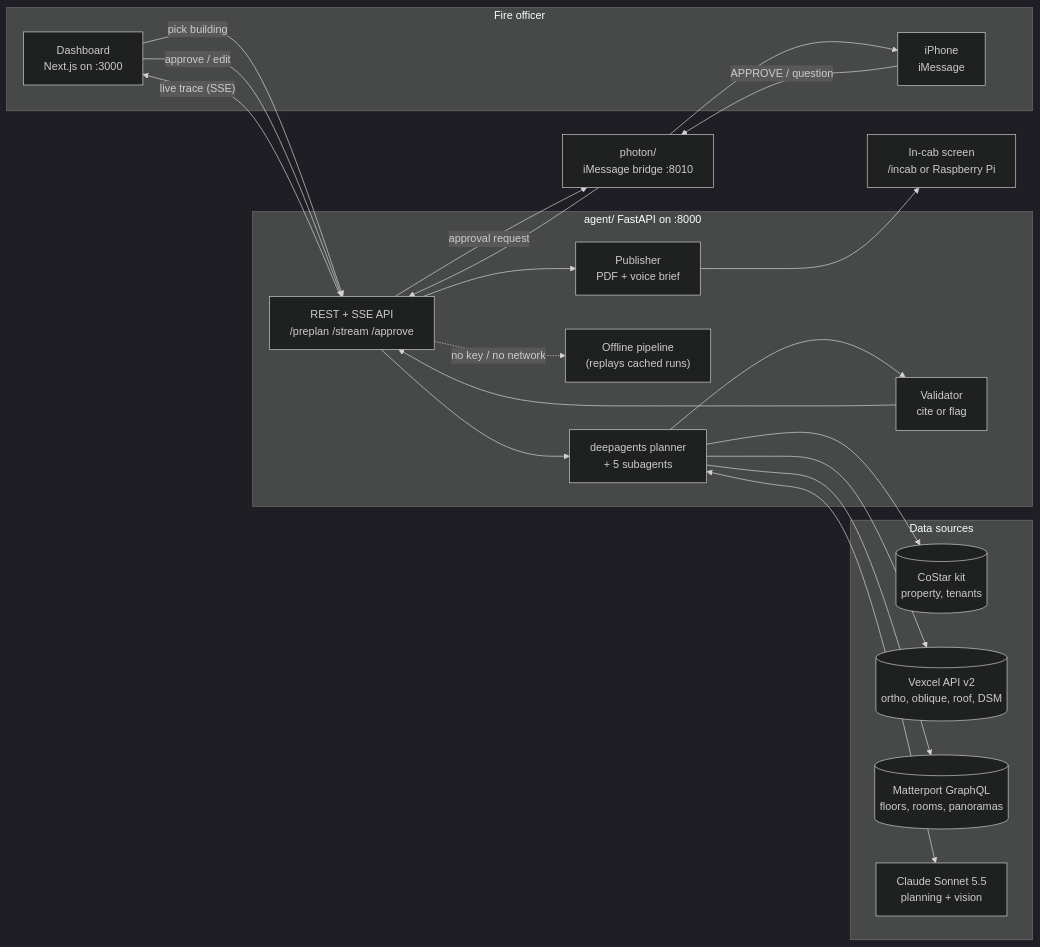
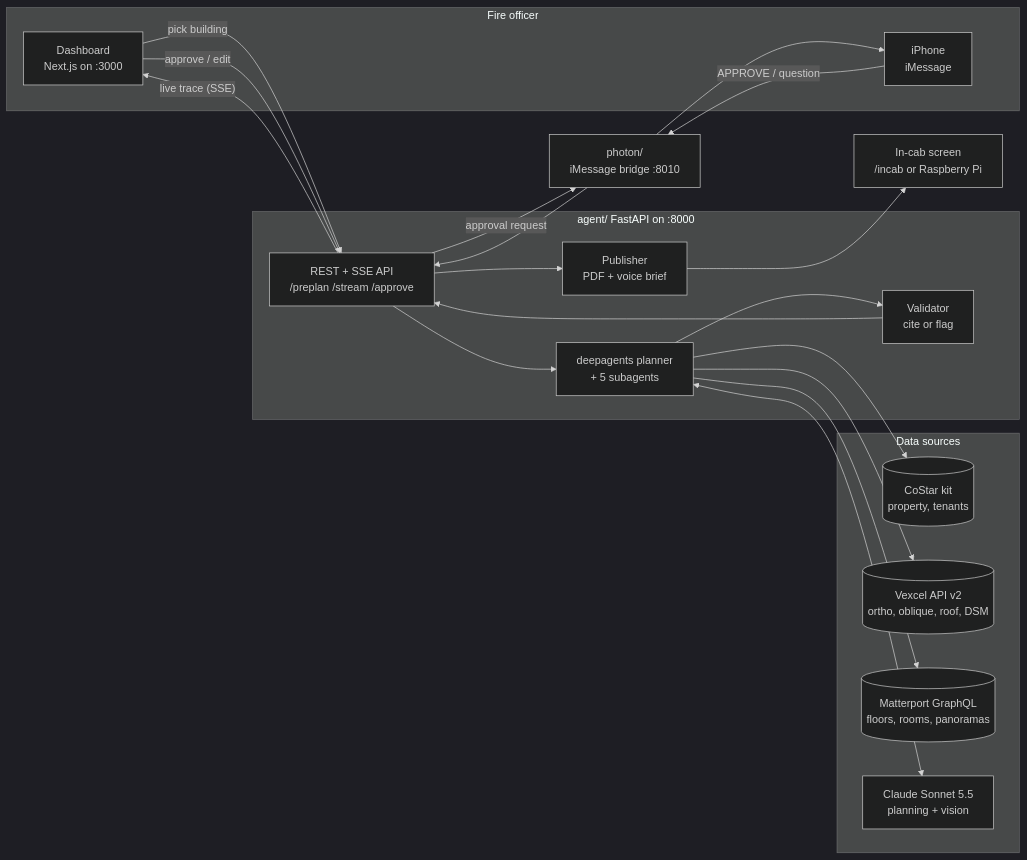
Before and after one commit to ArkFelix7/firstin: the first of 3 diagrams in README.md, drawn with Mermaid (dark theme).

Commit message:
README: remove offline pipeline from architecture diagram

````diff
--- a/README.md
+++ b/README.md
@@ -64,37 +64,35 @@
 ```mermaid
 flowchart LR
     subgraph Officer["Fire officer"]
         WEB["Dashboard<br/>Next.js on :3000"]
         PHONE["iPhone<br/>iMessage"]
     end
 
     subgraph Backend["agent/  FastAPI on :8000"]
         API["REST + SSE API<br/>/preplan /stream /approve"]
         AGENT["deepagents planner<br/>+ 5 subagents"]
-        OFF["Offline pipeline<br/>(replays cached runs)"]
         VAL["Validator<br/>cite or flag"]
         PUB["Publisher<br/>PDF + voice brief"]
     end
 
     subgraph Data["Data sources"]
         COSTAR[("CoStar kit<br/>property, tenants")]
         VEX[("Vexcel API v2<br/>ortho, oblique, roof, DSM")]
         MP[("Matterport GraphQL<br/>floors, rooms, panoramas")]
         CLAUDE["Claude Sonnet 5.5<br/>planning + vision"]
     end
 
     PHOTON["photon/<br/>iMessage bridge :8010"]
     CAB["In-cab screen<br/>/incab or Raspberry Pi"]
 
     WEB -- "pick building" --> API
     API --> AGENT
-    API -. "no key / no network" .-> OFF
     AGENT --> COSTAR & VEX & MP
     AGENT <--> CLAUDE
     AGENT --> VAL --> API
     API -- "live trace (SSE)" --> WEB
     API -- "approval request" --> PHOTON --> PHONE
     PHONE -- "APPROVE / question" --> PHOTON --> API
     WEB -- "approve / edit" --> API
     API --> PUB --> CAB
 ```
````
